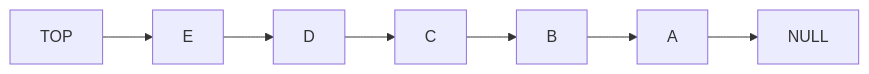
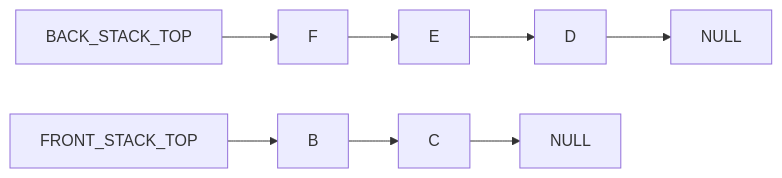
The fifth of 13 diagrams in javascript/code-challenges/stack-queue-pseudo/README.md (rmccrear/data-structures-and-algorithms), drawn with Mermaid before and after one commit. The commit also changed other lines of this file and 1 other file, not shown here.

````diff
--- a/javascript/code-challenges/stack-queue-pseudo/README.md
+++ b/javascript/code-challenges/stack-queue-pseudo/README.md
@@ -35,4 +60,5 @@
 ```mermaid
     graph LR
-    TOP-->E-->D-->C-->B-->A-->NULL
+    BACK_STACK_TOP --> F--> E --> D --> BTAIL[NULL]
+    FRONT_STACK_TOP --> B--> C--> FTAIL[NULL]
 ```
````
